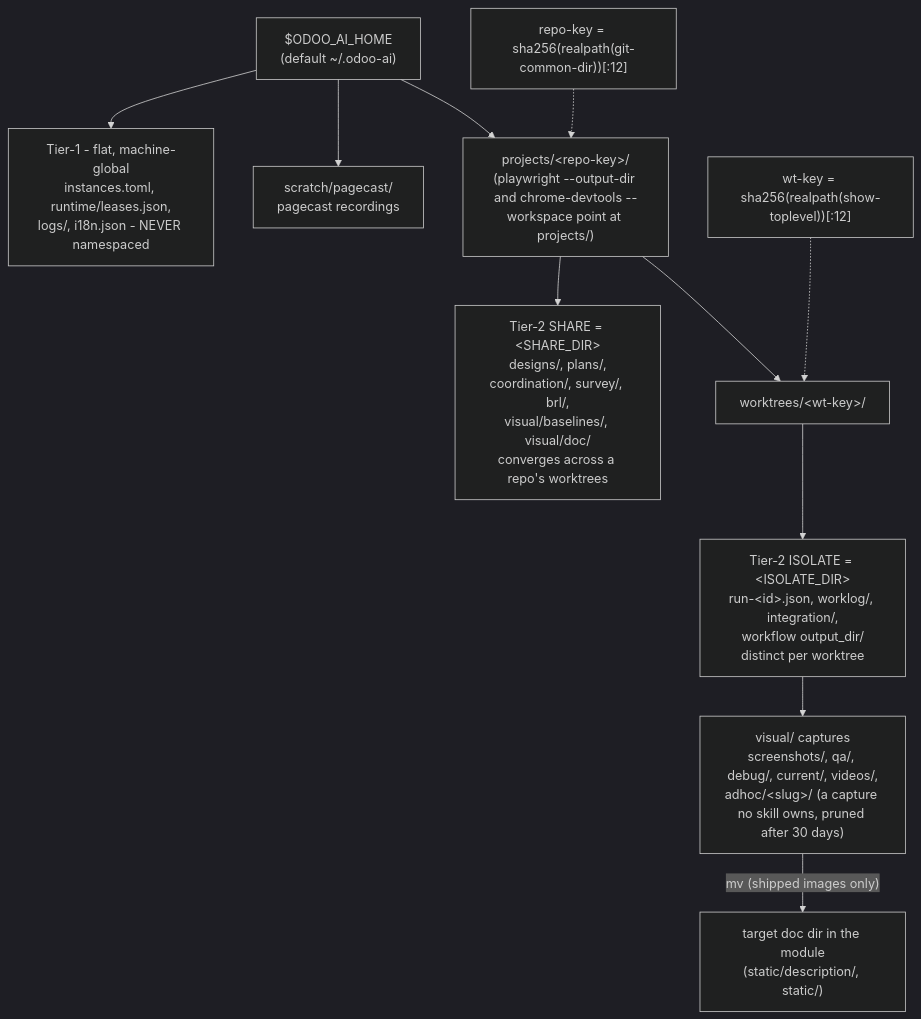
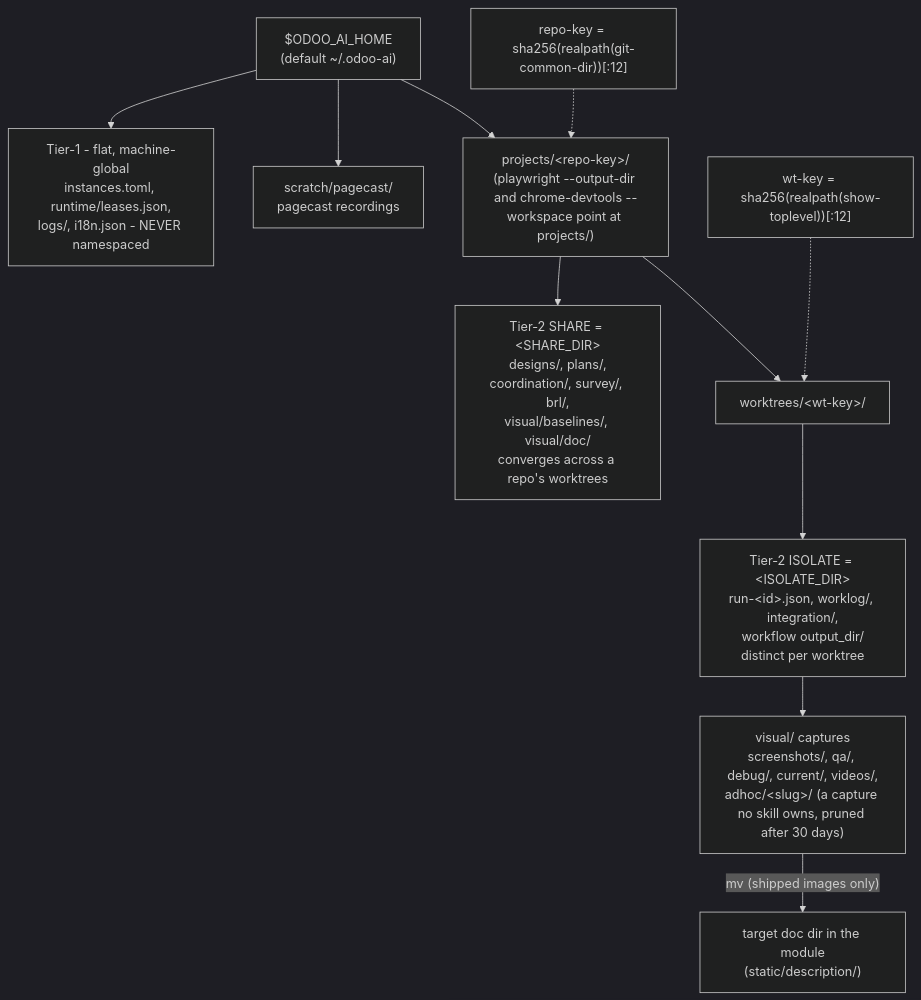
One commit to Viindoo/odoo-mcp-client changed the ninth of 9 diagrams in plugins/odoo-ai-agents/README.md. Above: the diagram before and after it, drawn with Mermaid (dark theme). The commit also changed other lines of this file and 11 other files, not shown here.

````diff
--- a/plugins/odoo-ai-agents/README.md
+++ b/plugins/odoo-ai-agents/README.md
@@ -923,15 +923,15 @@
 ```mermaid
 flowchart TD
     HOME["$ODOO_AI_HOME<br/>(default ~/.odoo-ai)"]
     HOME --> T1["Tier-1 - flat, machine-global<br/>instances.toml, runtime/leases.json,<br/>logs/, i18n.json - NEVER namespaced"]
     HOME --> SCR["scratch/pagecast/<br/>pagecast recordings"]
     HOME --> PROJ["projects/&lt;repo-key&gt;/<br/>(playwright --output-dir and chrome-devtools --workspace point at projects/)"]
     PROJ --> SHARE["Tier-2 SHARE = &lt;SHARE_DIR&gt;<br/>designs/, plans/,<br/>coordination/, survey/, brl/,<br/>visual/baselines/, visual/doc/<br/>converges across a repo's worktrees"]
     PROJ --> WT["worktrees/&lt;wt-key&gt;/"]
     WT --> ISO["Tier-2 ISOLATE = &lt;ISOLATE_DIR&gt;<br/>run-&lt;id&gt;.json, worklog/, integration/,<br/>workflow output_dir/<br/>distinct per worktree"]
     ISO --> VIS["visual/ captures<br/>screenshots/, qa/, debug/, current/, videos/,<br/>adhoc/&lt;slug&gt;/ (a capture no skill owns, pruned after 30 days)"]
-    VIS -- "mv (shipped images only)" --> DOC["target doc dir in the module<br/>(static/description/, static/)"]
+    VIS -- "mv (shipped images only)" --> DOC["target doc dir in the module<br/>(static/description/)"]
 
     REPOKEY["repo-key = sha256(realpath(git-common-dir))[:12]"] -.-> PROJ
     WTKEY["wt-key = sha256(realpath(show-toplevel))[:12]"] -.-> WT
 ```
````
